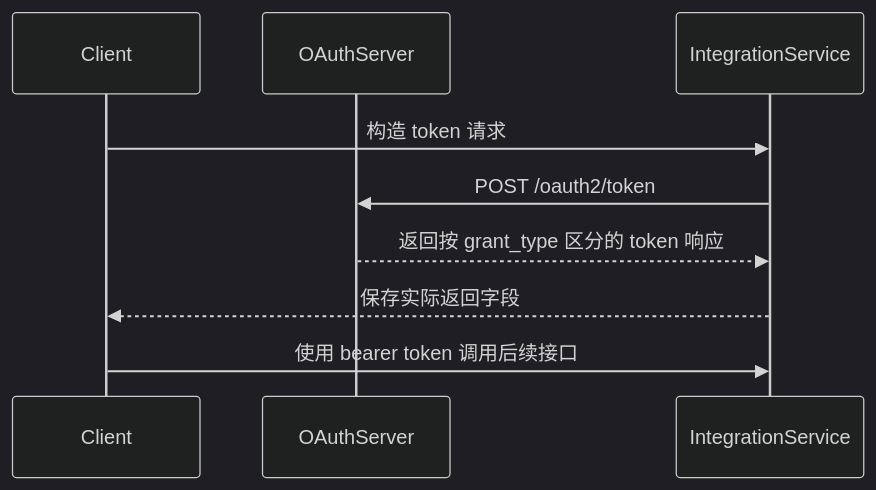
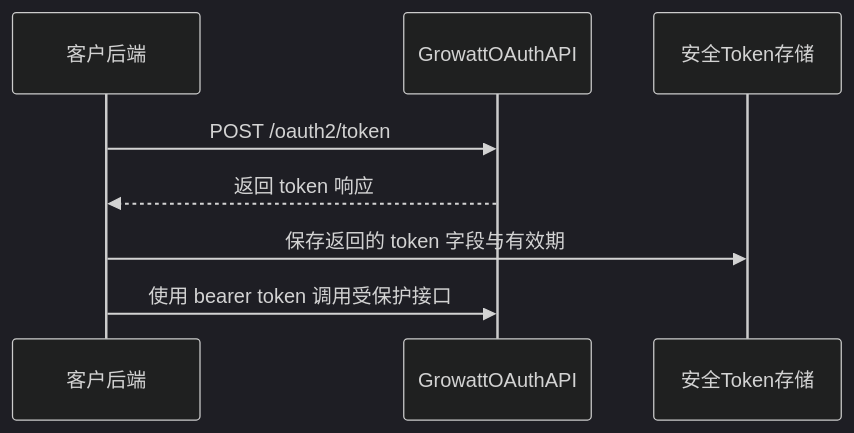
Before and after one commit to EugeneJian/growatt-unified-api: the diagram in Growatt API/OPENAPI.zh-CN/02_api_access_token.md, drawn with Mermaid (dark theme). The commit also changed other lines of this file and 46 other files, not shown here.

````diff
--- a/Growatt API/OPENAPI.zh-CN/02_api_access_token.md
+++ b/Growatt API/OPENAPI.zh-CN/02_api_access_token.md
@@ -20,13 +15,11 @@
 ```mermaid
-%% 本代码严格遵循AI生成Mermaid代码的终极准则v4.1（Mermaid终极大师）
 sequenceDiagram
-    participant Client as Client
-    participant OAuth as OAuthServer
-    participant App as IntegrationService
+    participant Backend as 客户后端
+    participant OAuth as GrowattOAuthAPI
+    participant Store as 安全Token存储
 
-    Client->>App: 构造 token 请求
-    App->>OAuth: POST /oauth2/token
-    OAuth-->>App: 返回按 grant_type 区分的 token 响应
-    App-->>Client: 保存实际返回字段
-    Client->>App: 使用 bearer token 调用后续接口
+    Backend->>OAuth: POST /oauth2/token
+    OAuth-->>Backend: 返回 token 响应
+    Backend->>Store: 保存返回的 token 字段与有效期
+    Backend->>OAuth: 使用 bearer token 调用受保护接口
 ```
````
